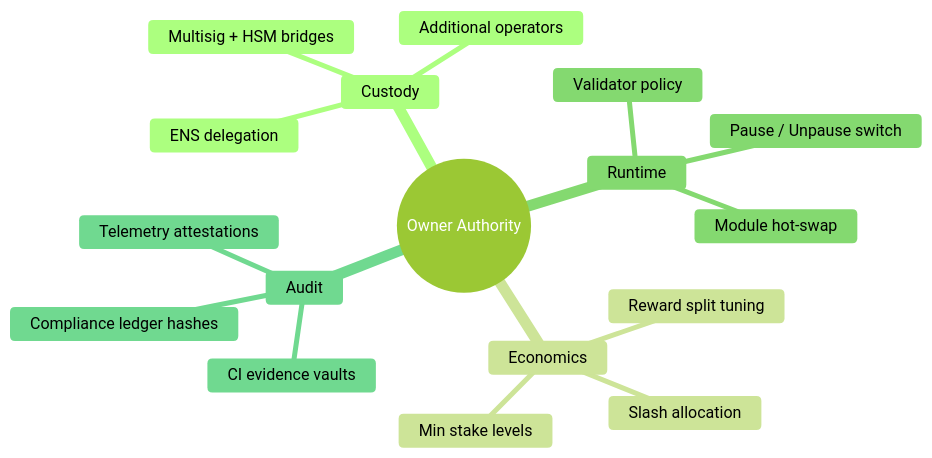
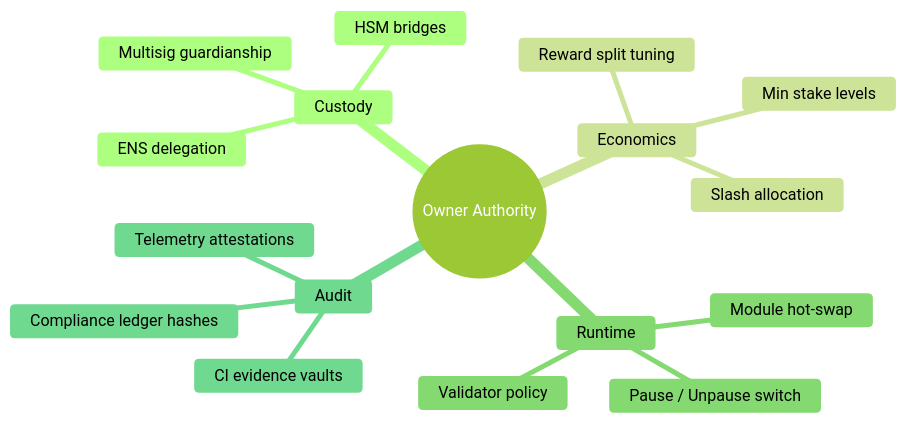
Before and after one commit to MontrealAI/AGI-Alpha-Node-v0: the seventh of 8 diagrams in docs/README.md, drawn with Mermaid (forest theme). The commit also changed other lines of this file and 1 other file, not shown here.

````diff
--- a/docs/README.md
+++ b/docs/README.md
@@ -321,20 +363,20 @@
 ```mermaid
 mindmap
   root((Owner Authority))
     Custody
       ENS delegation
-      Additional operators
-      Multisig + HSM bridges
+      Multisig guardianship
+      HSM bridges
     Economics
       Min stake levels
       Reward split tuning
       Slash allocation
     Runtime
       Pause / Unpause switch
       Module hot-swap
       Validator policy
     Audit
       Compliance ledger hashes
       CI evidence vaults
       Telemetry attestations
 ```
````
